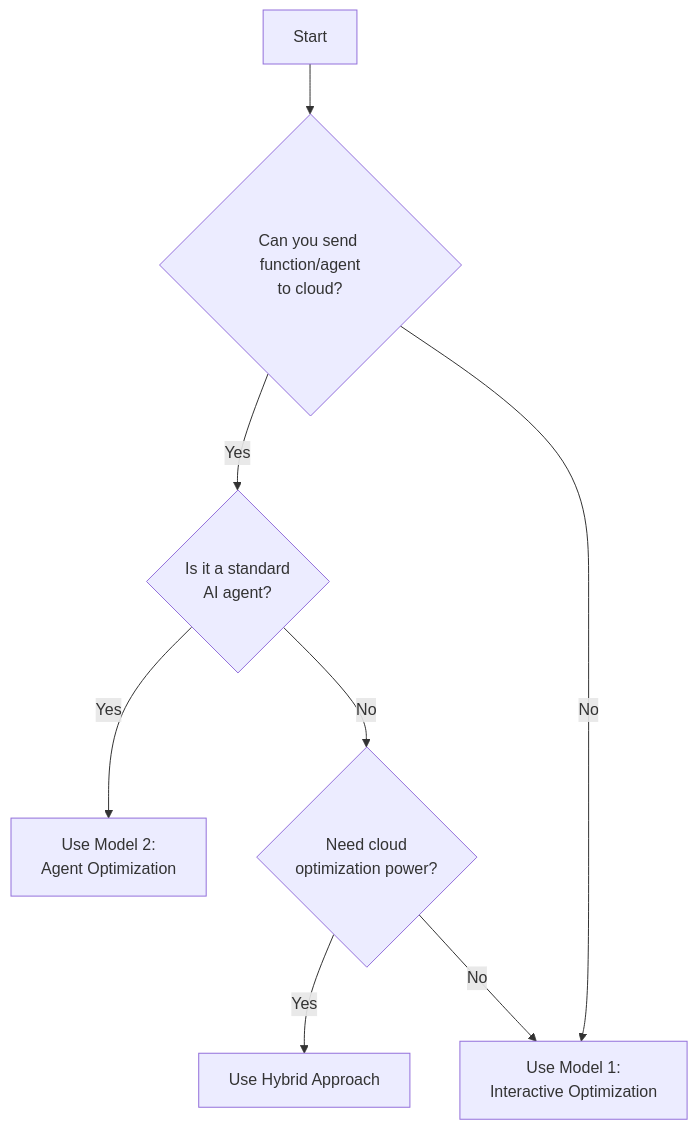
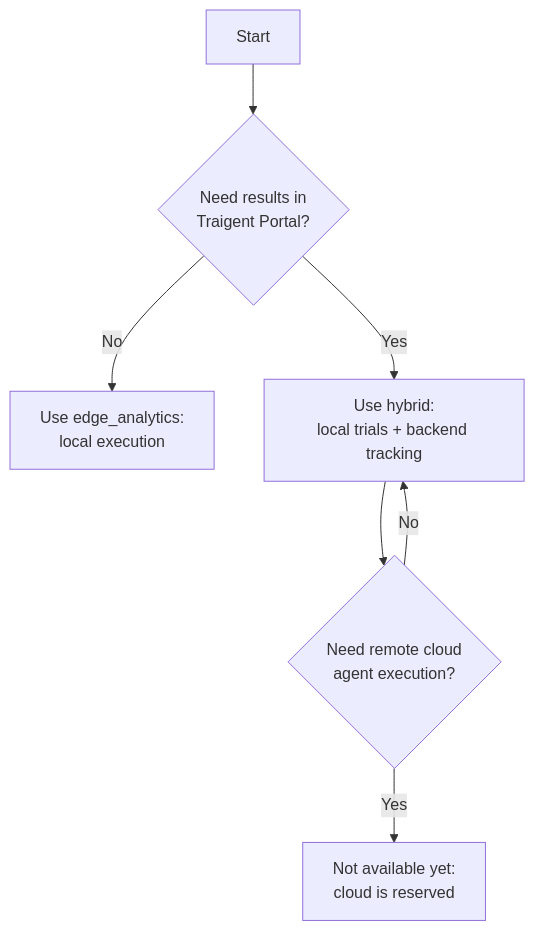
The diagram in docs/user-guide/choosing_optimization_model.md (Traigent/Traigent), drawn with Mermaid before and after one commit. The commit also changed other lines of this file and 222 other files, not shown here.

First line of the commit message:
Release 2026-05-09: develop → main (Schema 4.1 alignment + security hardening + quickstart) (#837)

````diff
--- a/docs/user-guide/choosing_optimization_model.md
+++ b/docs/user-guide/choosing_optimization_model.md
@@ -9,10 +9,9 @@
 ```mermaid
 graph TD
-    A[Start] --> B{Can you send function/agent<br/>to cloud?}
-    B -->|Yes| C{Is it a standard<br/>AI agent?}
-    B -->|No| D[Use Model 1:<br/>Interactive Optimization]
-    C -->|Yes| E[Use Model 2:<br/>Agent Optimization]
-    C -->|No| F{Need cloud<br/>optimization power?}
-    F -->|Yes| G[Use Hybrid Approach]
-    F -->|No| D
+    A[Start] --> B{Need results in<br/>Traigent Portal?}
+    B -->|No| C[Use edge_analytics:<br/>local execution]
+    B -->|Yes| D[Use hybrid:<br/>local trials + backend tracking]
+    D --> E{Need remote cloud<br/>agent execution?}
+    E -->|Yes| F[Not available yet:<br/>cloud is reserved]
+    E -->|No| D
 ```
````
